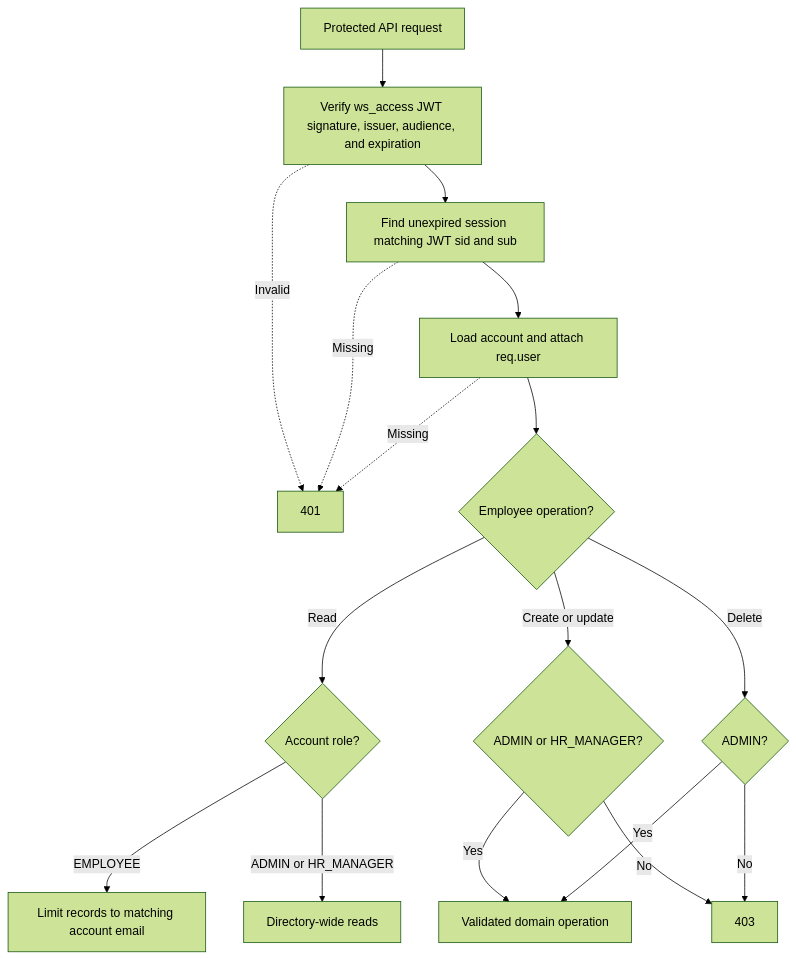
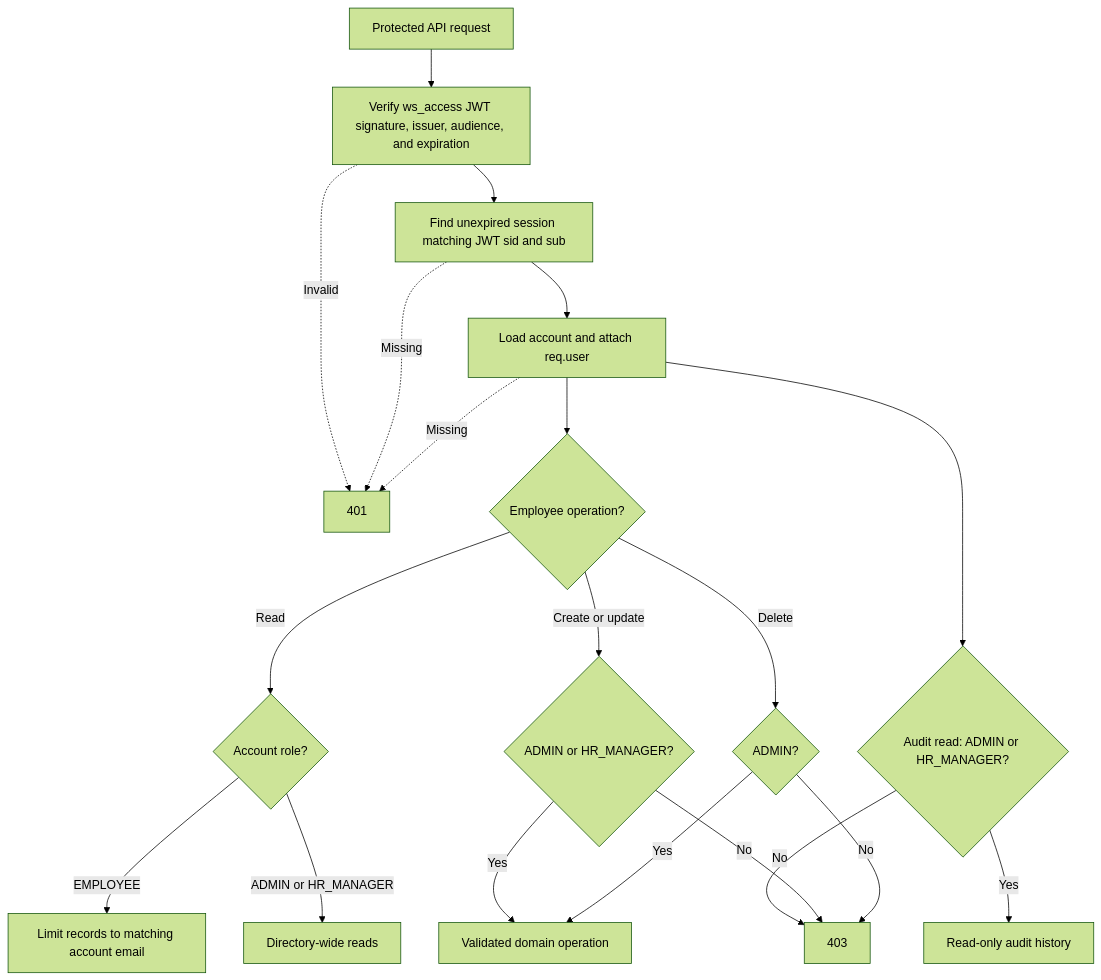
One commit to herve192-hub/WorkSphere changed diagram 29 of 52 in README.md. Above: the diagram before and after it, drawn with Mermaid (forest theme). The commit also changed other lines of this file and 51 other files, not shown here.

Commit message:
added audit history, API documentation, transactions, and supporting tests/configuration

````diff
--- a/README.md
+++ b/README.md
@@ -1284,19 +1386,22 @@
 ```mermaid
 flowchart TD
     Request["Protected API request"] --> JWT["Verify ws_access JWT signature, issuer, audience, and expiration"]
     JWT --> Session["Find unexpired session matching JWT sid and sub"]
     Session --> Account["Load account and attach req.user"]
     JWT -.->|Invalid| Unauthorized["401"]
     Session -.->|Missing| Unauthorized
     Account -.->|Missing| Unauthorized
     Account --> Operation{"Employee operation?"}
+    Account --> AuditRole{"Audit read: ADMIN or HR_MANAGER?"}
+    AuditRole -->|Yes| History["Read-only audit history"]
+    AuditRole -->|No| Forbidden
     Operation -->|Read| Role{"Account role?"}
     Role -->|EMPLOYEE| Scope["Limit records to matching account email"]
     Role -->|"ADMIN or HR_MANAGER"| Directory["Directory-wide reads"]
     Operation -->|"Create or update"| Manage{"ADMIN or HR_MANAGER?"}
     Operation -->|Delete| Admin{"ADMIN?"}
     Manage -->|Yes| Domain["Validated domain operation"]
     Admin -->|Yes| Domain
     Manage -->|No| Forbidden["403"]
     Admin -->|No| Forbidden
 ```
````
